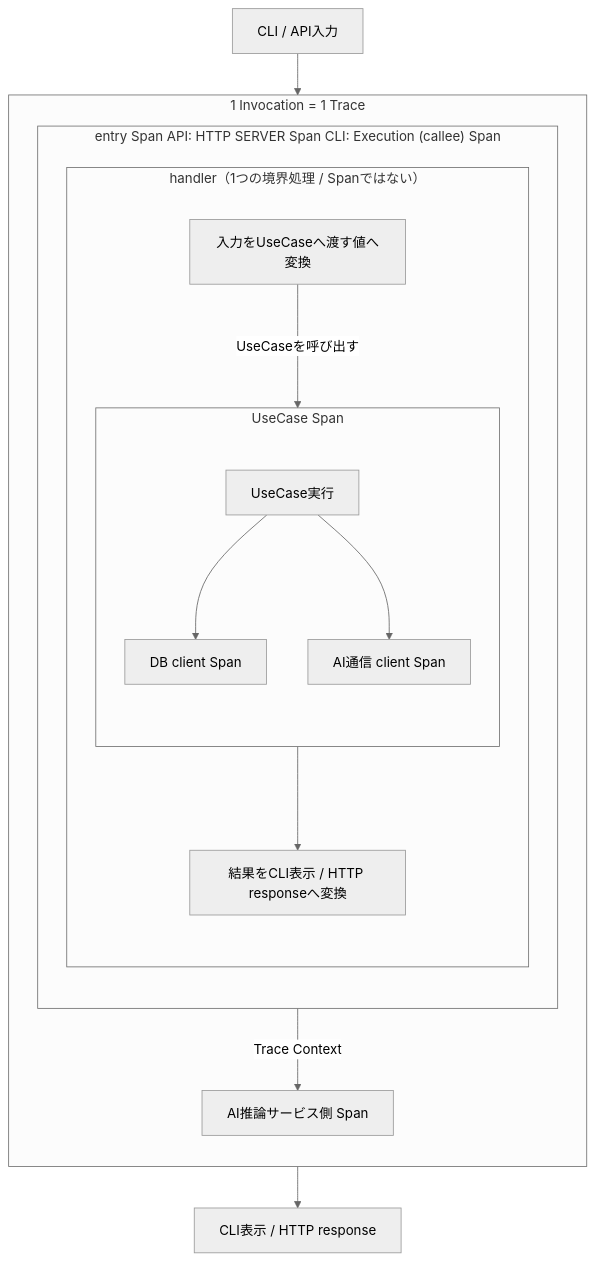
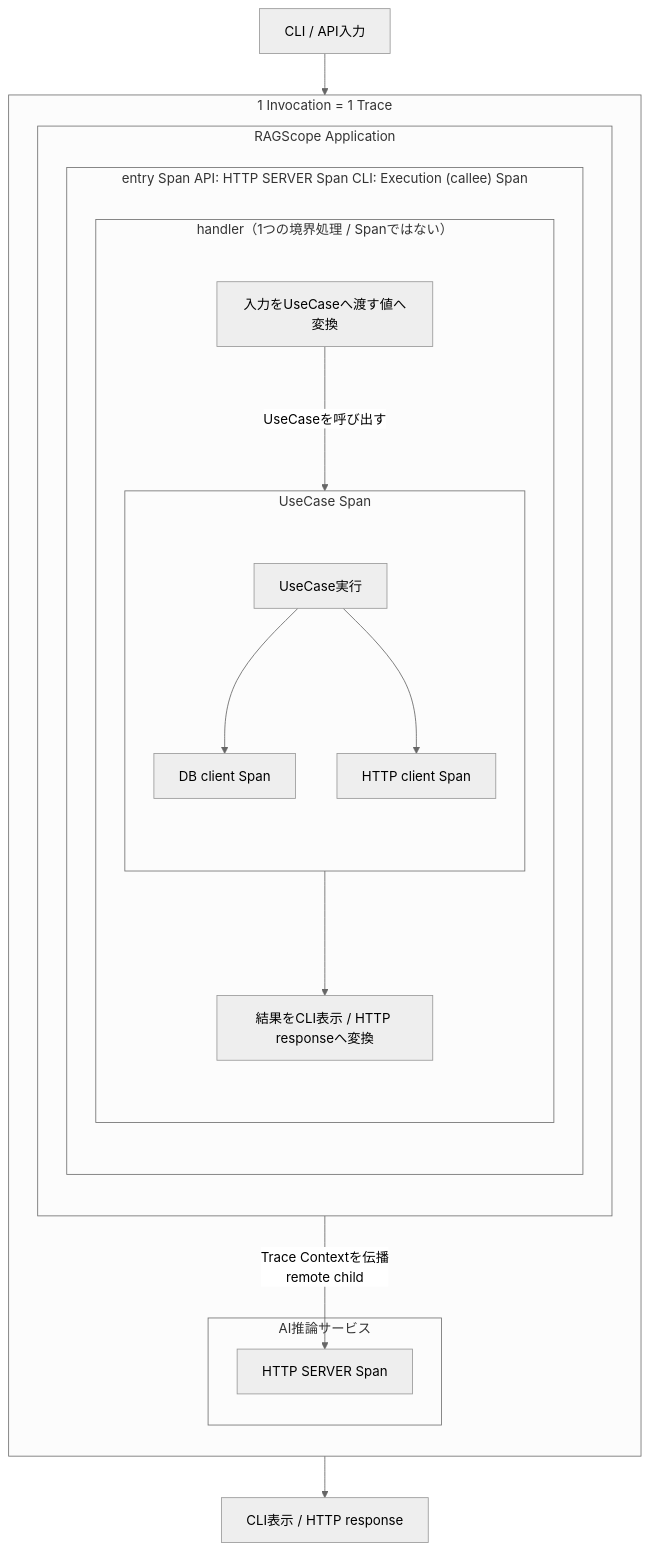
One commit to takashit16833/Workbench changed the diagram in Notes/RAGScope/RAGScopeアプリケーション/RS-0023 Trace設計メモ.md. Above: the diagram before and after it, drawn with Mermaid (neutral theme). The commit also changed other lines of this file, not shown here.

Commit message:
notes: clarify distributed trace across AI service

````diff
--- a/Notes/RAGScope/RAGScopeアプリケーション/RS-0023 Trace設計メモ.md
+++ b/Notes/RAGScope/RAGScopeアプリケーション/RS-0023 Trace設計メモ.md
@@ -75,32 +75,40 @@
 ```mermaid
 flowchart TB
     INPUT["CLI / API入力"]
 
     subgraph TRACE["1 Invocation = 1 Trace"]
         direction TB
 
-        subgraph ENTRY["entry Span API: HTTP SERVER Span CLI: Execution (callee) Span"]
+        subgraph APP["RAGScope Application"]
             direction TB
 
-            subgraph HANDLER["handler（1つの境界処理 / Spanではない）"]
+            subgraph ENTRY["entry Span API: HTTP SERVER Span CLI: Execution (callee) Span"]
                 direction TB
-                HIN["入力をUseCaseへ渡す値へ変換"]
 
-                subgraph UCSPAN["UseCase Span"]
+                subgraph HANDLER["handler（1つの境界処理 / Spanではない）"]
                     direction TB
-                    UC["UseCase実行"]
-                    UC --> DB["DB client Span"]
-                    UC --> AI_REQ["AI通信 client Span"]
+                    HIN["入力をUseCaseへ渡す値へ変換"]
+
+                    subgraph UCSPAN["UseCase Span"]
+                        direction TB
+                        UC["UseCase実行"]
+                        UC --> DB["DB client Span"]
+                        UC --> AI_REQ["HTTP client Span"]
+                    end
+
+                    HIN -->|"UseCaseを呼び出す"| UC
+                    UC --> HOUT["結果をCLI表示 / HTTP responseへ変換"]
                 end
-
-                HIN -->|"UseCaseを呼び出す"| UC
-                UC --> HOUT["結果をCLI表示 / HTTP responseへ変換"]
             end
         end
 
-        AI_REQ -->|"Trace Context"| AI_SVC["AI推論サービス側 Span"]
+        subgraph AISVC["AI推論サービス"]
+            AI_SERVER["HTTP SERVER Span"]
+        end
+
+        AI_REQ -->|"Trace Contextを伝播<br>remote child"| AI_SERVER
     end
 
     INPUT --> HIN
     HOUT --> OUTPUT["CLI表示 / HTTP response"]
 ```
````
